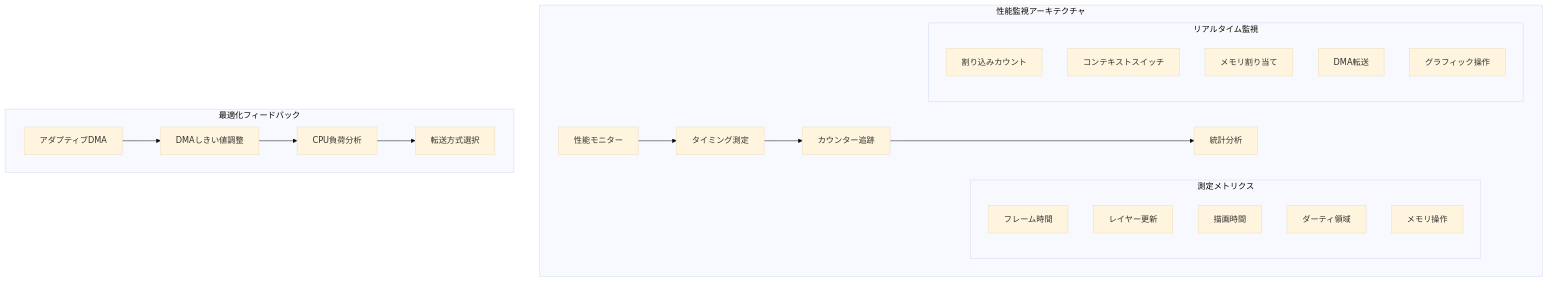
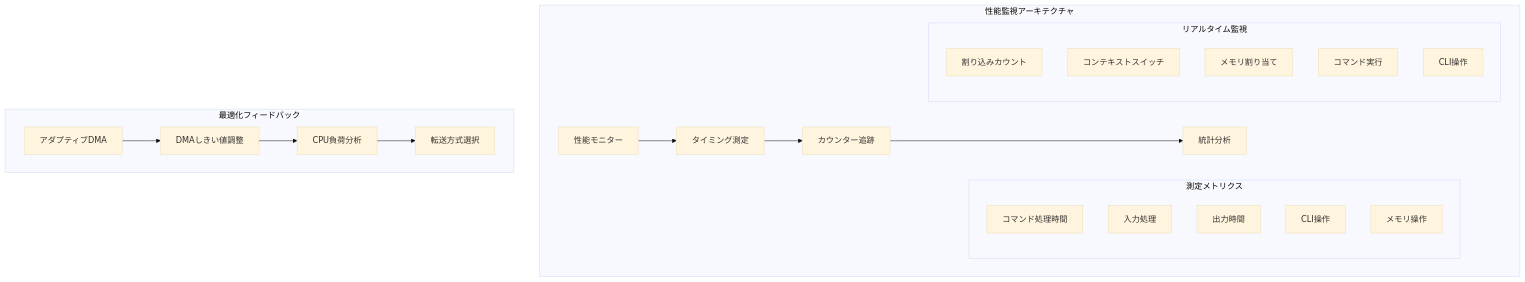
One commit to sokoide/ssos-68k changed the ninth of 13 diagrams in ARCHITECTURE_jp.md. Above: the diagram before and after it, drawn with Mermaid (base theme). The commit also changed other lines of this file and 5 other files, not shown here.

````diff
--- a/ARCHITECTURE_jp.md
+++ b/ARCHITECTURE_jp.md
@@ -296,30 +294,30 @@
 ```mermaid
 graph TD
     subgraph "性能監視アーキテクチャ"
         A[性能モニター] --> B[タイミング測定]
         B --> C[カウンター追跡]
         C --> D[統計分析]
 
         subgraph "測定メトリクス"
-            E[フレーム時間]
-            F[レイヤー更新]
-            G[描画時間]
-            H[ダーティ領域]
+            E[コマンド処理時間]
+            F[入力処理]
+            G[出力時間]
+            H[CLI操作]
             I[メモリ操作]
         end
 
         subgraph "リアルタイム監視"
             J[割り込みカウント]
             K[コンテキストスイッチ]
             L[メモリ割り当て]
-            M[DMA転送]
-            N[グラフィック操作]
+            M[コマンド実行]
+            N[CLI操作]
         end
     end
 
     subgraph "最適化フィードバック"
         O[アダプティブDMA] --> P[DMAしきい値調整]
         P --> Q[CPU負荷分析]
         Q --> R[転送方式選択]
     end
 ```
````
